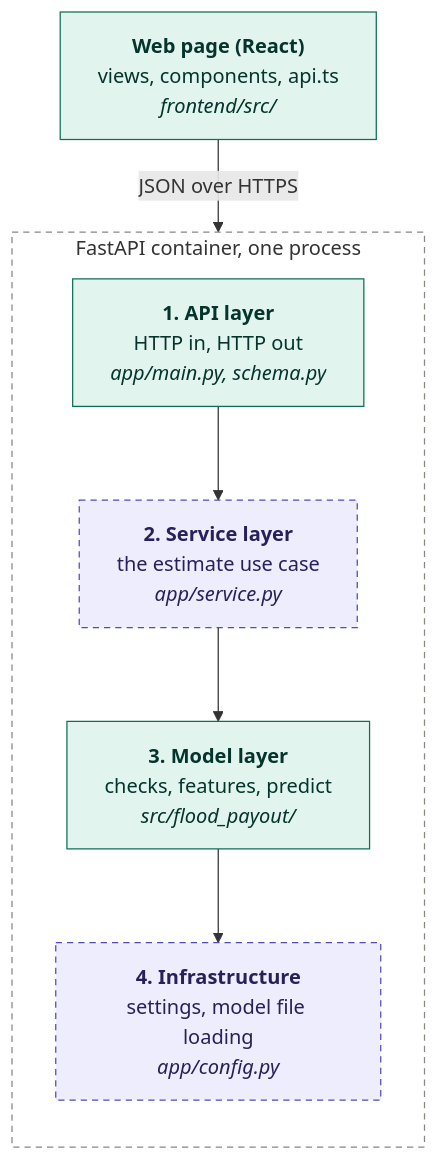
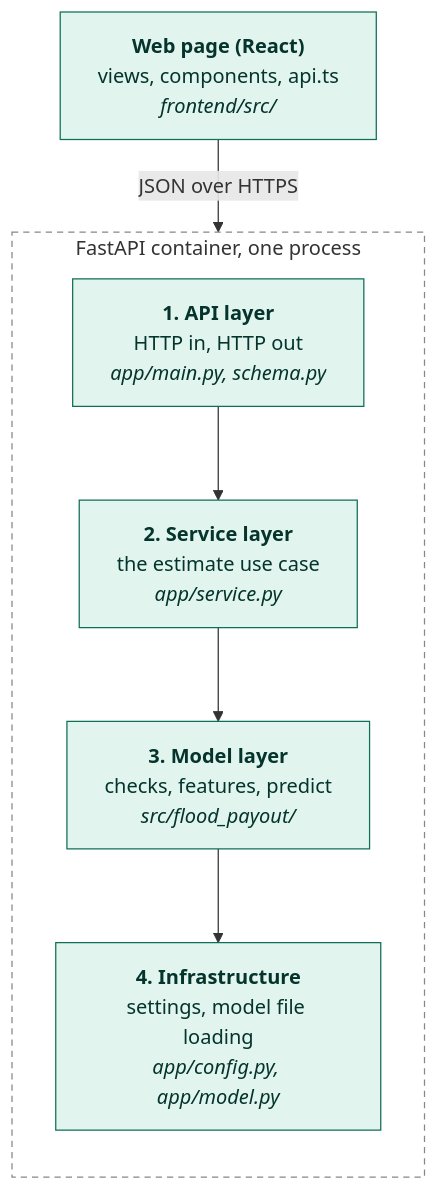
One commit to alpha-beta-gamma-delta-chaky/Flood-Payout-Calculator changed the second of 3 diagrams in README.md. Above: the diagram before and after it, drawn with Mermaid. The commit also changed other lines of this file and 11 other files, not shown here.

First line of the commit message:
Refactor app layers and split model bundle

````diff
--- a/README.md
+++ b/README.md
@@ -48,20 +48,18 @@
 ```mermaid
 flowchart TB
     W["<b>Web page (React)</b><br/>views, components, api.ts<br/><i>frontend/src/</i>"]
     subgraph SVC["FastAPI container, one process"]
         direction TB
         L1["<b>1. API layer</b><br/>HTTP in, HTTP out<br/><i>app/main.py, schema.py</i>"]
         L2["<b>2. Service layer</b><br/>the estimate use case<br/><i>app/service.py</i>"]
         L3["<b>3. Model layer</b><br/>checks, features, predict<br/><i>src/flood_payout/</i>"]
-        L4["<b>4. Infrastructure</b><br/>settings, model file loading<br/><i>app/config.py</i>"]
+        L4["<b>4. Infrastructure</b><br/>settings, model file loading<br/><i>app/config.py, app/model.py</i>"]
     end
     W -->|"JSON over HTTPS"| SVC
     L1 --> L2
     L2 --> L3
     L3 --> L4
     classDef exists fill:#E1F5EE,stroke:#0F6E56,color:#04342C
-    classDef planned fill:#EEEDFE,stroke:#534AB7,stroke-dasharray:5 4,color:#26215C
-    class W,L1,L3 exists
-    class L2,L4 planned
+    class W,L1,L2,L3,L4 exists
     style SVC fill:none,stroke:#888780,stroke-dasharray:5 4
 ```
````
